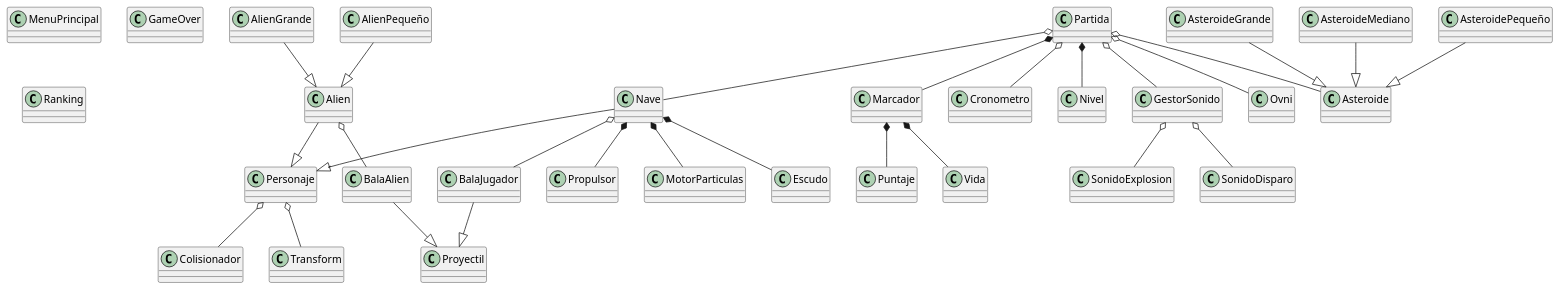
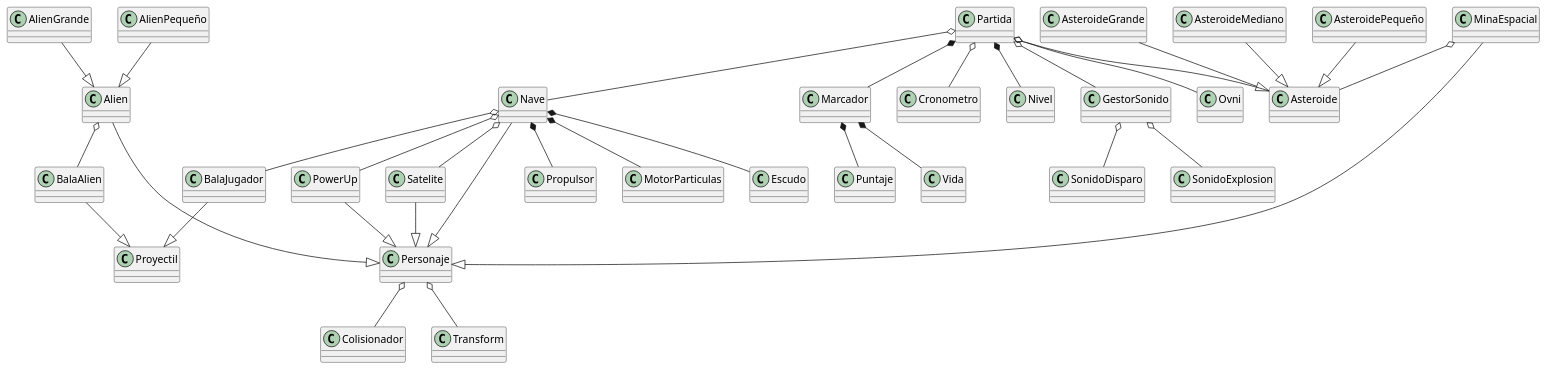
One commit to LD25110287/3f261 changed the diagram in diagrama.puml. Above: the diagram before and after it, drawn with PlantUML.

Commit message:
Update diagrama.puml (PRACTICA 2)

```diff
--- a/diagrama.puml
+++ b/diagrama.puml
@@ -1,62 +1,68 @@
 @startuml
 class Personaje
 class Nave
 class Alien
 class AlienGrande
 class AlienPequeño
 class Proyectil
 class BalaJugador
 class BalaAlien
 class Propulsor
 class MotorParticulas
 class Escudo
 class Colisionador
 class Transform
 class Proyectil
 class BalaJugador
 class BalaAlien
 class Propulsor
 class MotorParticulas
 class Escudo
 class Colisionador
 class Transform
 class Partida
 class Marcador
 class Puntaje
 class Vida
 class Cronometro
 class Nivel
-class MenuPrincipal
-class GameOver
-class Ranking
+class PowerUp
+class MinaEspacial
+class Satelite
 class GestorSonido
 class SonidoExplosion
 class SonidoDisparo
+PowerUp --|> Personaje
 Nave --|> Personaje
 Alien --|> Personaje
 AlienGrande --|> Alien
 AlienPequeño --|> Alien
 BalaJugador --|> Proyectil
 BalaAlien --|> Proyectil
 AsteroideGrande --|> Asteroide
 AsteroideMediano --|> Asteroide
+MinaEspacial --|> Personaje
 AsteroidePequeño --|> Asteroide
+Satelite --|> Personaje
 Nave *-- Propulsor
 Nave *-- Escudo
 Nave *-- MotorParticulas
 Partida *-- Marcador
 Partida *-- Nivel
 Marcador *-- Puntaje
 Marcador *-- Vida
+Nave o-- Satelite
+MinaEspacial o-- Asteroide
+Nave o-- PowerUp
 Partida o-- Nave
 Partida o-- Asteroide
 Partida o-- Ovni
 Nave o-- BalaJugador
 Alien o-- BalaAlien
 Personaje o-- Colisionador
 Personaje o-- Transform
 GestorSonido o-- SonidoExplosion
 GestorSonido o-- SonidoDisparo
 Partida o-- Cronometro
 Partida o-- GestorSonido
 @enduml
```
